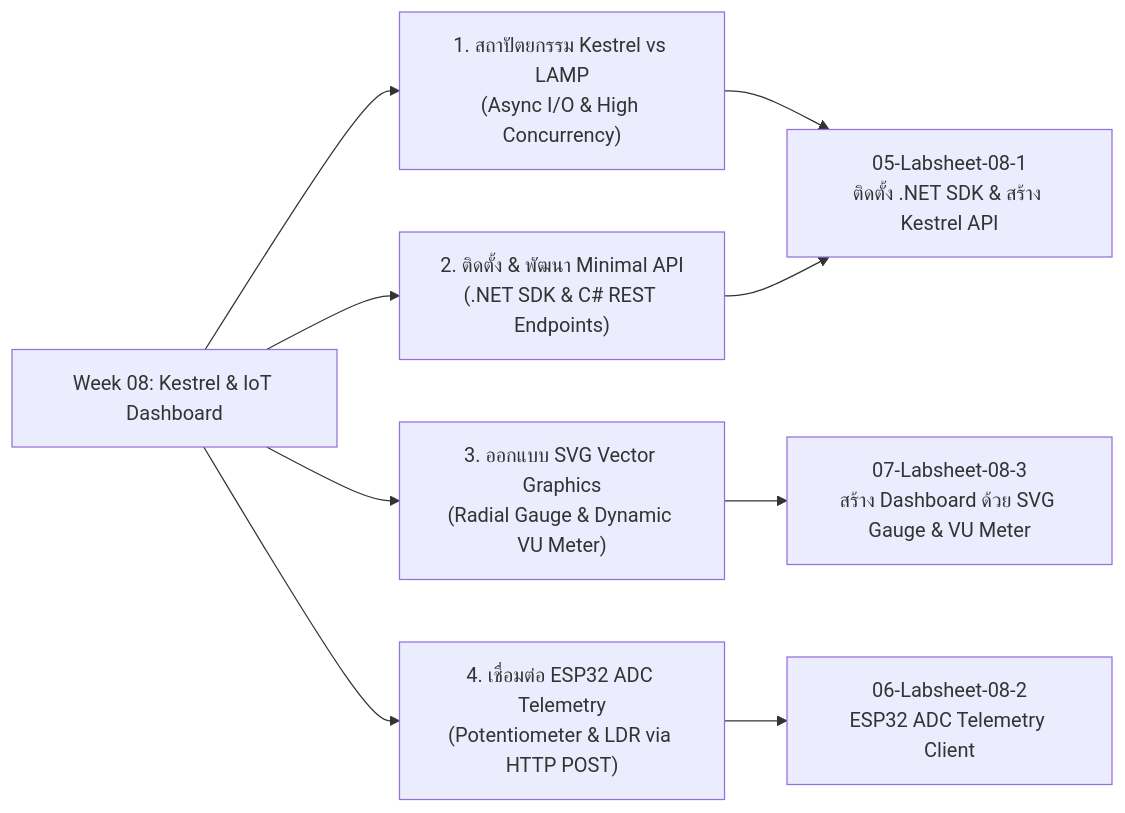
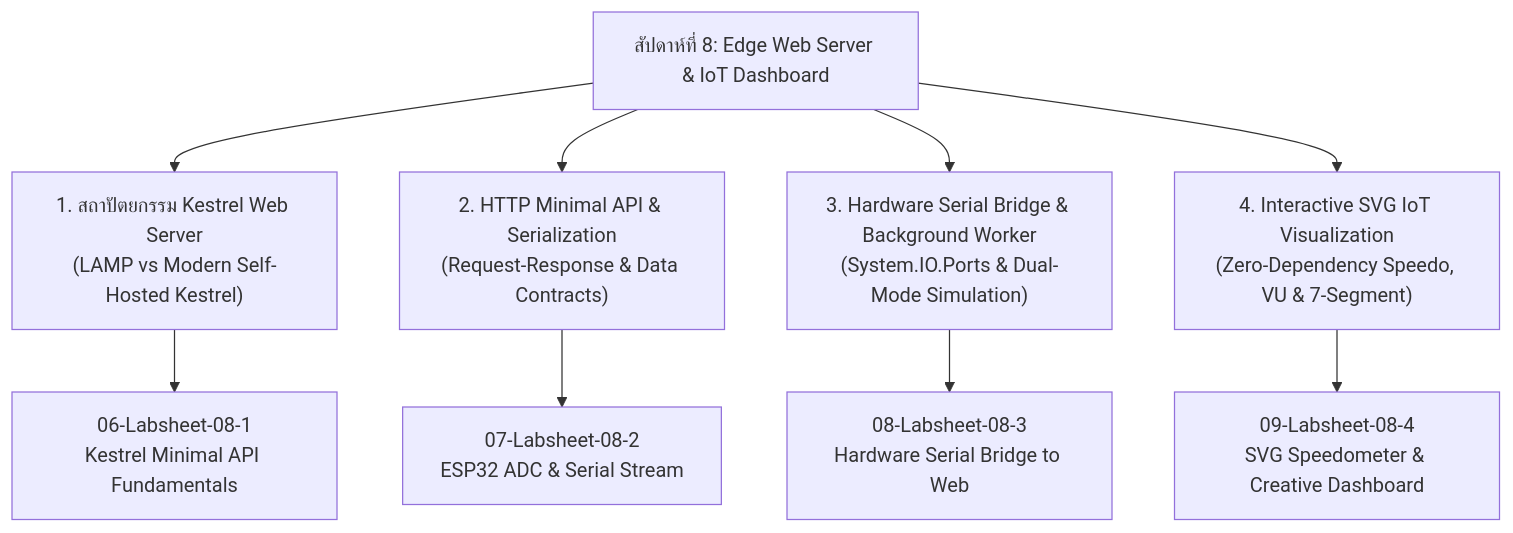
Before and after one commit to 016Rusneeda/Week-08-Kestrel-Web-Server: the first of 2 diagrams in Readme.md, drawn with Mermaid. The commit also changed other lines of this file and 32 other files, not shown here.

First line of the commit message:
feat(curriculum): integrate Edge IoT Gateway architecture and example codes from Week-08-Simple-WebServer

````diff
--- a/Readme.md
+++ b/Readme.md
@@ -12,12 +14,12 @@
 ```mermaid
-flowchart LR
-    A["Week 08: Kestrel & IoT Dashboard"] --> B["1. สถาปัตยกรรม Kestrel vs LAMP<br/>(Async I/O & High Concurrency)"]
-    A --> C["2. ติดตั้ง & พัฒนา Minimal API<br/>(.NET SDK & C# REST Endpoints)"]
-    A --> D["3. ออกแบบ SVG Vector Graphics<br/>(Radial Gauge & Dynamic VU Meter)"]
-    A --> E["4. เชื่อมต่อ ESP32 ADC Telemetry<br/>(Potentiometer & LDR via HTTP POST)"]
+flowchart TD
+    A["สัปดาห์ที่ 8: Edge Web Server & IoT Dashboard"] --> B["1. สถาปัตยกรรม Kestrel Web Server<br/>(LAMP vs Modern Self-Hosted Kestrel)"]
+    A --> C["2. HTTP Minimal API & Serialization<br/>(Request-Response & Data Contracts)"]
+    A --> D["3. Hardware Serial Bridge & Background Worker<br/>(System.IO.Ports & Dual-Mode Simulation)"]
+    A --> E["4. Interactive SVG IoT Visualization<br/>(Zero-Dependency Speedo, VU & 7-Segment)"]
 
-    B --> F["05-Labsheet-08-1<br/>ติดตั้ง .NET SDK & สร้าง Kestrel API"]
-    C --> F
-    D --> H["07-Labsheet-08-3<br/>สร้าง Dashboard ด้วย SVG Gauge & VU Meter"]
-    E --> G["06-Labsheet-08-2<br/>ESP32 ADC Telemetry Client"]
+    B --> F["06-Labsheet-08-1<br/>Kestrel Minimal API Fundamentals"]
+    C --> G["07-Labsheet-08-2<br/>ESP32 ADC & Serial Stream"]
+    D --> H["08-Labsheet-08-3<br/>Hardware Serial Bridge to Web"]
+    E --> I["09-Labsheet-08-4<br/>SVG Speedometer & Creative Dashboard"]
 ```
````
